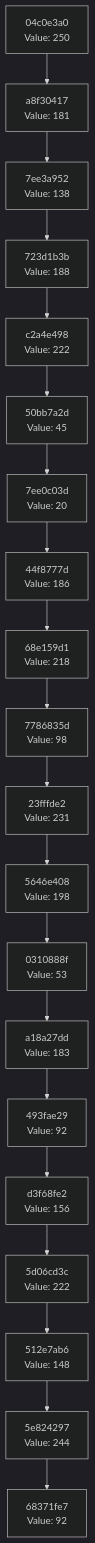
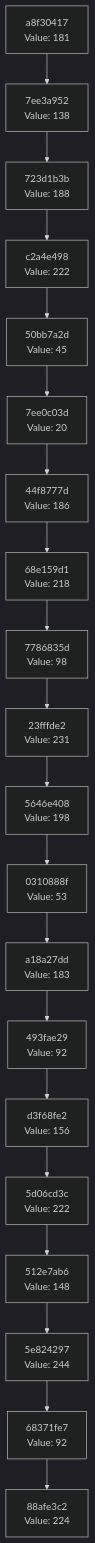
The diagram in docs/CHAIN_VISUALIZATION.md (Abhisheksinha1506/hash-chain-evolver), drawn with Mermaid (dark theme) before and after one commit. The commit also changed 3 other files, not shown here.

````diff
--- a/docs/CHAIN_VISUALIZATION.md
+++ b/docs/CHAIN_VISUALIZATION.md
@@ -3,42 +3,42 @@
 ```mermaid
 graph TD
-    C0["68371fe7<br/>Value: 92"]
-    C1["5e824297<br/>Value: 244"]
+    C0["88afe3c2<br/>Value: 224"]
+    C1["68371fe7<br/>Value: 92"]
     C1 --> C0
-    C2["512e7ab6<br/>Value: 148"]
+    C2["5e824297<br/>Value: 244"]
     C2 --> C1
-    C3["5d06cd3c<br/>Value: 222"]
+    C3["512e7ab6<br/>Value: 148"]
     C3 --> C2
-    C4["d3f68fe2<br/>Value: 156"]
+    C4["5d06cd3c<br/>Value: 222"]
     C4 --> C3
-    C5["493fae29<br/>Value: 92"]
+    C5["d3f68fe2<br/>Value: 156"]
     C5 --> C4
-    C6["a18a27dd<br/>Value: 183"]
+    C6["493fae29<br/>Value: 92"]
     C6 --> C5
-    C7["0310888f<br/>Value: 53"]
+    C7["a18a27dd<br/>Value: 183"]
     C7 --> C6
-    C8["5646e408<br/>Value: 198"]
+    C8["0310888f<br/>Value: 53"]
     C8 --> C7
-    C9["23fffde2<br/>Value: 231"]
+    C9["5646e408<br/>Value: 198"]
     C9 --> C8
-    C10["7786835d<br/>Value: 98"]
+    C10["23fffde2<br/>Value: 231"]
     C10 --> C9
-    C11["68e159d1<br/>Value: 218"]
+    C11["7786835d<br/>Value: 98"]
     C11 --> C10
-    C12["44f8777d<br/>Value: 186"]
+    C12["68e159d1<br/>Value: 218"]
     C12 --> C11
-    C13["7ee0c03d<br/>Value: 20"]
+    C13["44f8777d<br/>Value: 186"]
     C13 --> C12
-    C14["50bb7a2d<br/>Value: 45"]
+    C14["7ee0c03d<br/>Value: 20"]
     C14 --> C13
-    C15["c2a4e498<br/>Value: 222"]
+    C15["50bb7a2d<br/>Value: 45"]
     C15 --> C14
-    C16["723d1b3b<br/>Value: 188"]
+    C16["c2a4e498<br/>Value: 222"]
     C16 --> C15
-    C17["7ee3a952<br/>Value: 138"]
+    C17["723d1b3b<br/>Value: 188"]
     C17 --> C16
-    C18["a8f30417<br/>Value: 181"]
+    C18["7ee3a952<br/>Value: 138"]
     C18 --> C17
-    C19["04c0e3a0<br/>Value: 250"]
+    C19["a8f30417<br/>Value: 181"]
     C19 --> C18
 ```
````
